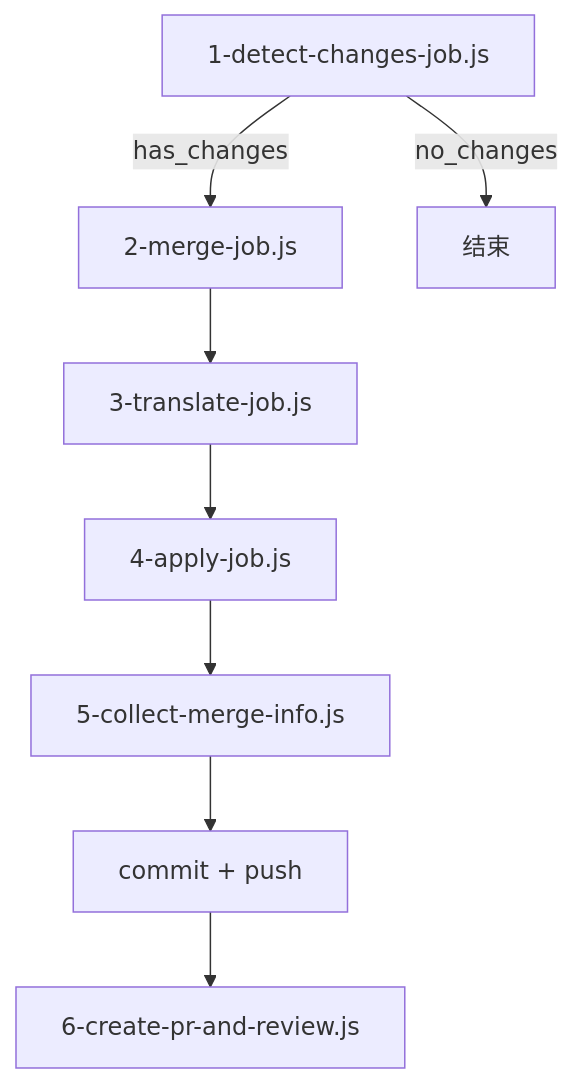
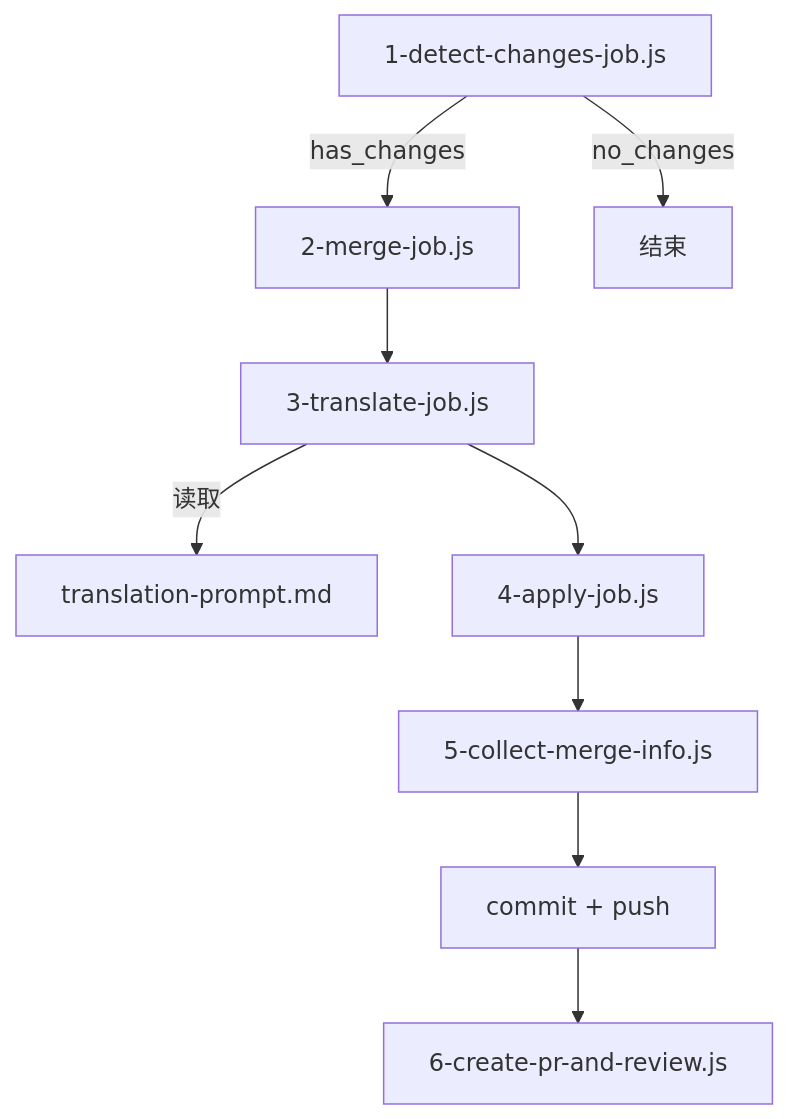
Before and after one commit to tedocs/docs-zh-cn: the second of 2 diagrams in .github/scripts/auto-pr/README.md, drawn with Mermaid. The commit also changed other lines of this file, not shown here.

````diff
--- a/.github/scripts/auto-pr/README.md
+++ b/.github/scripts/auto-pr/README.md
@@ -50,10 +50,11 @@
 ```mermaid
 graph TD
     A[1-detect-changes-job.js] -->|has_changes| B[2-merge-job.js]
     A -->|no_changes| Z[结束]
     B --> C[3-translate-job.js]
+    C -->|读取| P[translation-prompt.md]
     C --> D[4-apply-job.js]
     D --> E[5-collect-merge-info.js]
     E --> F[commit + push]
     F --> G[6-create-pr-and-review.js]
 ```
````
